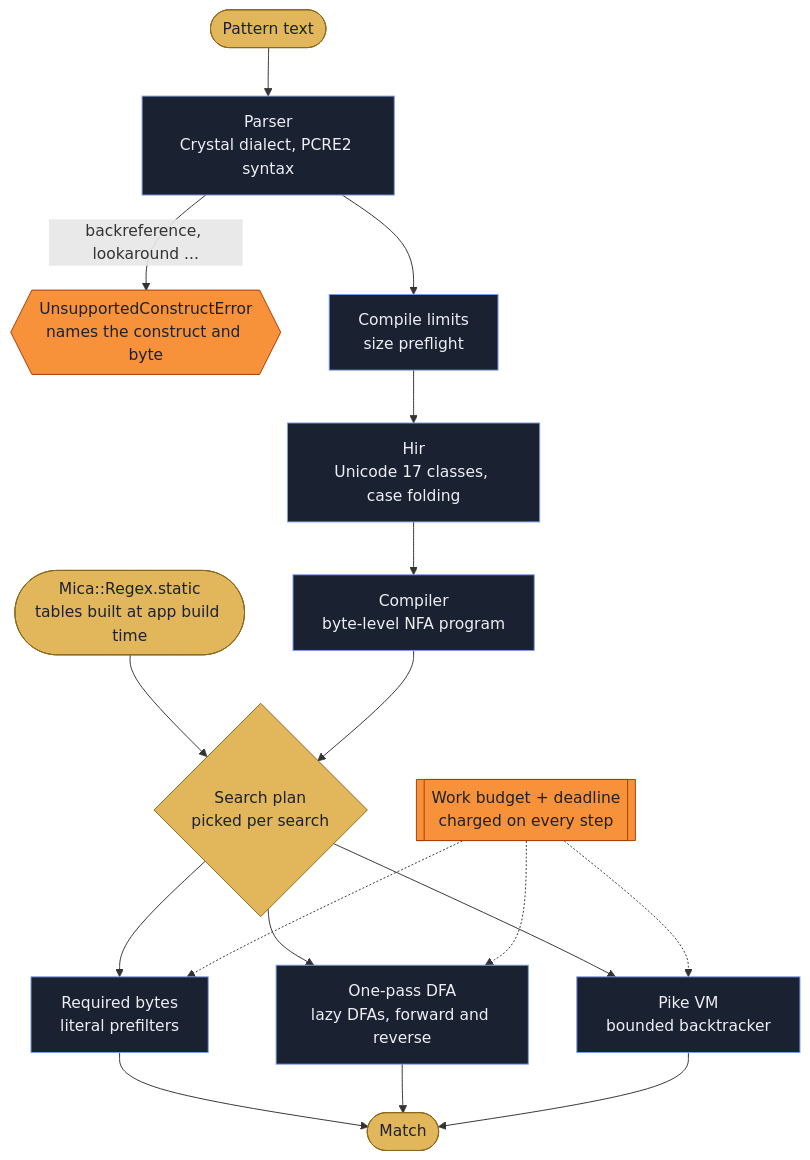
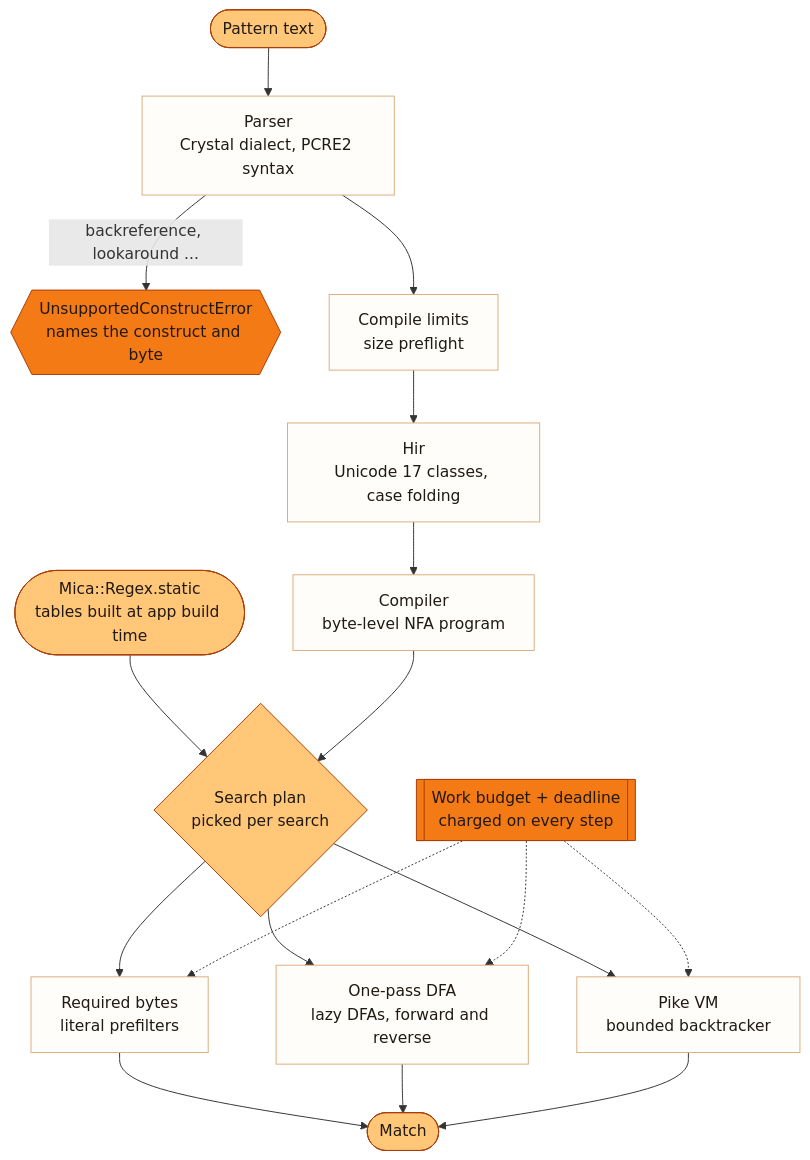
The diagram in README.md (amberframework/mica), drawn with Mermaid before and after one commit. The commit also changed other lines of this file and 23 other files, not shown here.

````diff
--- a/README.md
+++ b/README.md
@@ -116,25 +117,25 @@
 ```mermaid
 flowchart TD
     source(["Pattern text"]) --> parser["Parser<br/>Crystal dialect, PCRE2 syntax"]
     parser -- "backreference, lookaround ..." --> refused{{"UnsupportedConstructError<br/>names the construct and byte"}}
     parser --> limits["Compile limits<br/>size preflight"]
     limits --> hir["Hir<br/>Unicode 17 classes, case folding"]
     hir --> compiler["Compiler<br/>byte-level NFA program"]
     static(["Mica::Regex.static<br/>tables built at app build time"]) --> plan
     compiler --> plan{"Search plan<br/>picked per search"}
     plan --> fast["Required bytes<br/>literal prefilters"]
     plan --> dfa["One-pass DFA<br/>lazy DFAs, forward and reverse"]
     plan --> nfa["Pike VM<br/>bounded backtracker"]
     fast --> found(["Match"])
     dfa --> found
     nfa --> found
     budget[["Work budget + deadline<br/>charged on every step"]] -.-> fast
     budget -.-> dfa
     budget -.-> nfa
-    classDef step fill:#1A2130,stroke:#7E9BEA,color:#EDEFF5
-    classDef brass fill:#E2B65B,stroke:#8A6A1F,color:#1C2231
-    classDef stop fill:#F7913A,stroke:#A93C08,color:#1C2231
+    classDef step fill:#FFFDF9,stroke:#D9AD7E,color:#211914
+    classDef brass fill:#FFC777,stroke:#A93D08,color:#211914
+    classDef stop fill:#F47A16,stroke:#A93D08,color:#211914
     class parser,limits,hir,compiler,fast,dfa,nfa step
     class source,static,found,plan brass
     class refused,budget stop
 ```
````
